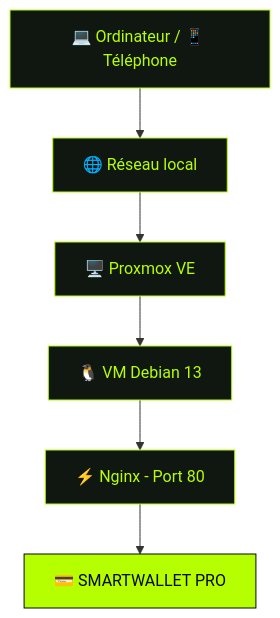
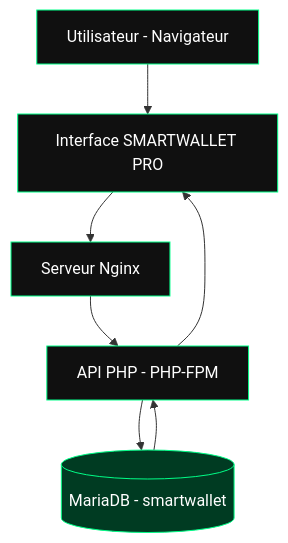
One commit to CollegeBoreal/INF1085-201-26A-04 changed the first of 2 diagrams in 6.Projects/300150410/README.md. Above: the diagram before and after it, drawn with Mermaid. The commit also changed other lines of this file, not shown here.

````diff
--- a/6.Projects/300150410/README.md
+++ b/6.Projects/300150410/README.md
@@ -98,22 +98,15 @@
 ```mermaid
 flowchart TD
-    A["💻 Ordinateur / 📱 Téléphone"]
-    B["🌐 Réseau local"]
-    C["🖥️ Proxmox VE"]
-    D["🐧 VM Debian 13"]
-    E["⚡ Nginx - Port 80"]
-    F["💳 SMARTWALLET PRO"]
+    A["Utilisateur - Navigateur"] --> B["Interface SMARTWALLET PRO"]
+    B --> C["Serveur Nginx"]
+    C --> D["API PHP - PHP-FPM"]
+    D --> E[("MariaDB - smartwallet")]
+    E --> D
+    D --> B
 
-    A --> B
-    B --> C
-    C --> D
-    D --> E
-    E --> F
-
-    style A fill:#101710,color:#B6FF00,stroke:#B6FF00
-    style B fill:#101710,color:#B6FF00,stroke:#B6FF00
-    style C fill:#101710,color:#B6FF00,stroke:#B6FF00
-    style D fill:#101710,color:#B6FF00,stroke:#B6FF00
-    style E fill:#101710,color:#B6FF00,stroke:#B6FF00
-    style F fill:#B6FF00,color:#050806,stroke:#050806
+    style A fill:#101010,stroke:#00ff88,color:#ffffff
+    style B fill:#101010,stroke:#00ff88,color:#ffffff
+    style C fill:#101010,stroke:#00ff88,color:#ffffff
+    style D fill:#101010,stroke:#00ff88,color:#ffffff
+    style E fill:#003b22,stroke:#00ff88,color:#ffffff
 ```
````
